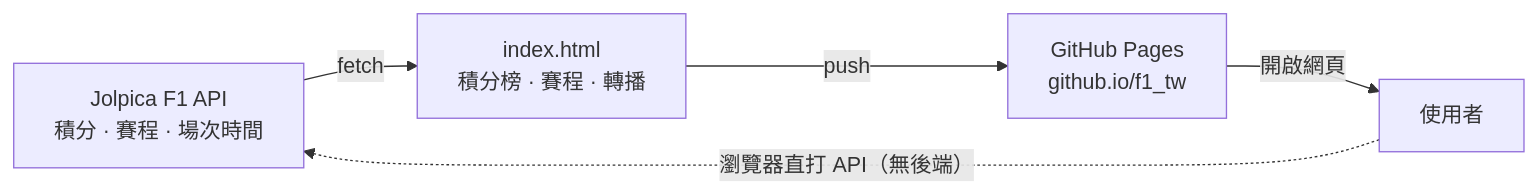
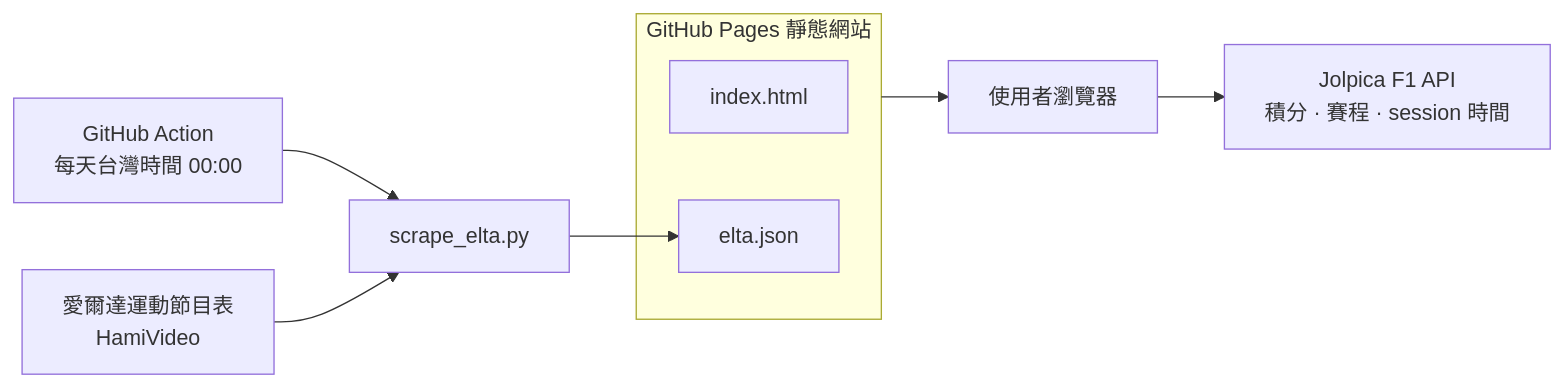
One commit to ChinChiehHsiao/f1_tw changed the diagram in README.md. Above: the diagram before and after it, drawn with Mermaid. The commit also changed other lines of this file, not shown here.

````diff
--- a/README.md
+++ b/README.md
@@ -9,7 +9,14 @@
 ```mermaid
 flowchart LR
-    A["Jolpica F1 API\n積分 · 賽程 · 場次時間"] -->|fetch| B["index.html\n積分榜 · 賽程 · 轉播"]
-    B -->|push| C["GitHub Pages\ngithub.io/f1_tw"]
-    C -->|開啟網頁| D["使用者"]
-    D -.->|"瀏覽器直打 API（無後端）"| A
+    subgraph Pages["GitHub Pages 靜態網站"]
+        I["index.html"]
+        E
+    end
+
+    A["GitHub Action\n每天台灣時間 00:00"] --> S["scrape_elta.py"]
+    H["愛爾達運動節目表\nHamiVideo"] --> S
+    S --> E["elta.json"]
+
+    Pages --> U["使用者瀏覽器"]
+    U --> J["Jolpica F1 API\n積分 · 賽程 · session 時間"]
 ```
````
